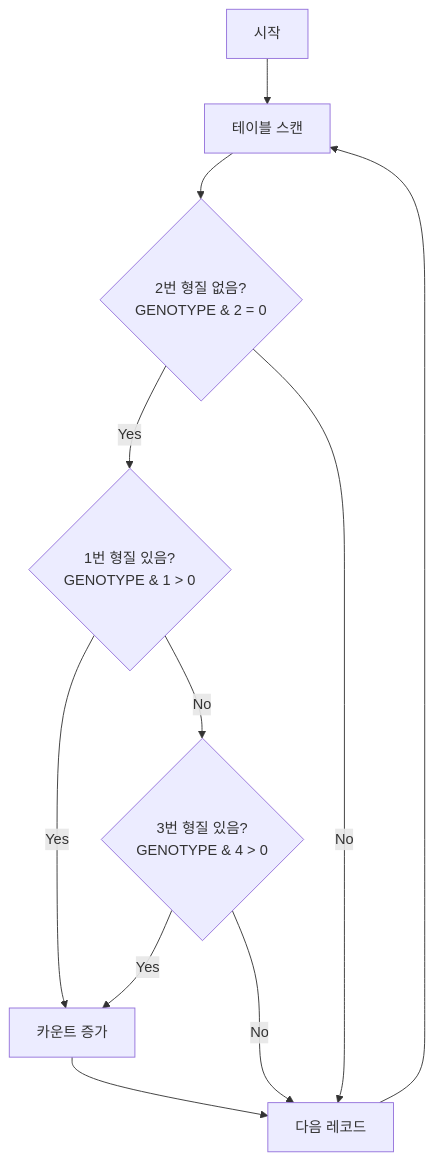
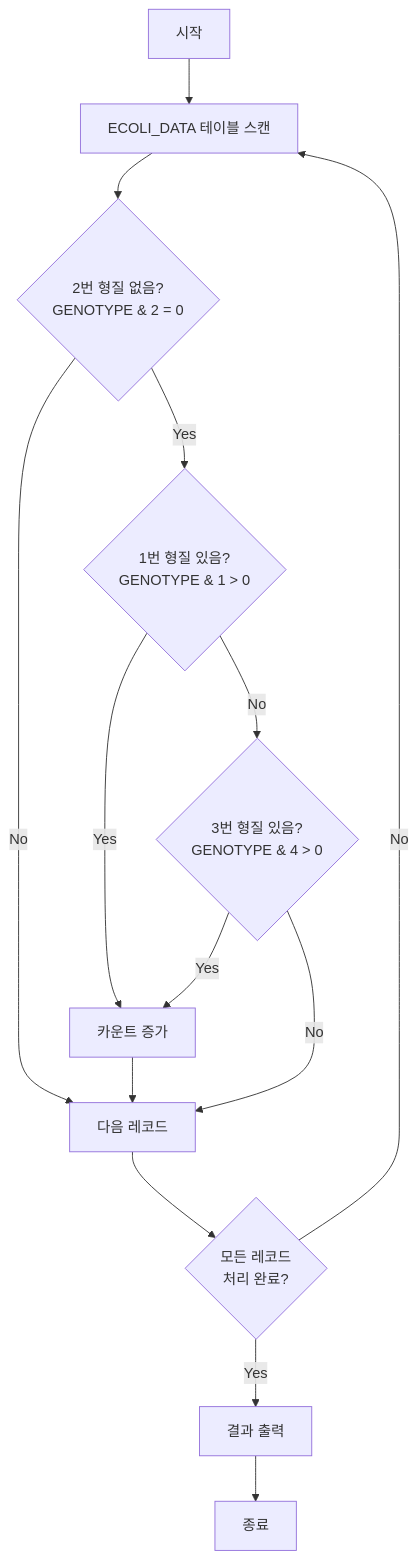
Before and after one commit to REDHAT1995/Programmers_repo: the diagram in LV1/특이_형질을_가지는_대장균_찾기/README.md, drawn with Mermaid. The commit also changed 5 other files, not shown here.

````diff
--- a/LV1/특이_형질을_가지는_대장균_찾기/README.md
+++ b/LV1/특이_형질을_가지는_대장균_찾기/README.md
@@ -7,13 +7,16 @@
 ```mermaid
 flowchart TD
-    A[시작] --> B[테이블 스캔]
+    A[시작] --> B[ECOLI_DATA 테이블 스캔]
     B --> C{2번 형질 없음?<br/>GENOTYPE & 2 = 0}
+    C -->|No| F[다음 레코드]
     C -->|Yes| D{1번 형질 있음?<br/>GENOTYPE & 1 > 0}
-    C -->|No| F[다음 레코드]
     D -->|Yes| E[카운트 증가]
     D -->|No| G{3번 형질 있음?<br/>GENOTYPE & 4 > 0}
     G -->|Yes| E
     G -->|No| F
-    F --> B
     E --> F
+    F --> H{모든 레코드<br/>처리 완료?}
+    H -->|No| B
+    H -->|Yes| I[결과 출력]
+    I --> J[종료]
 ```
````
